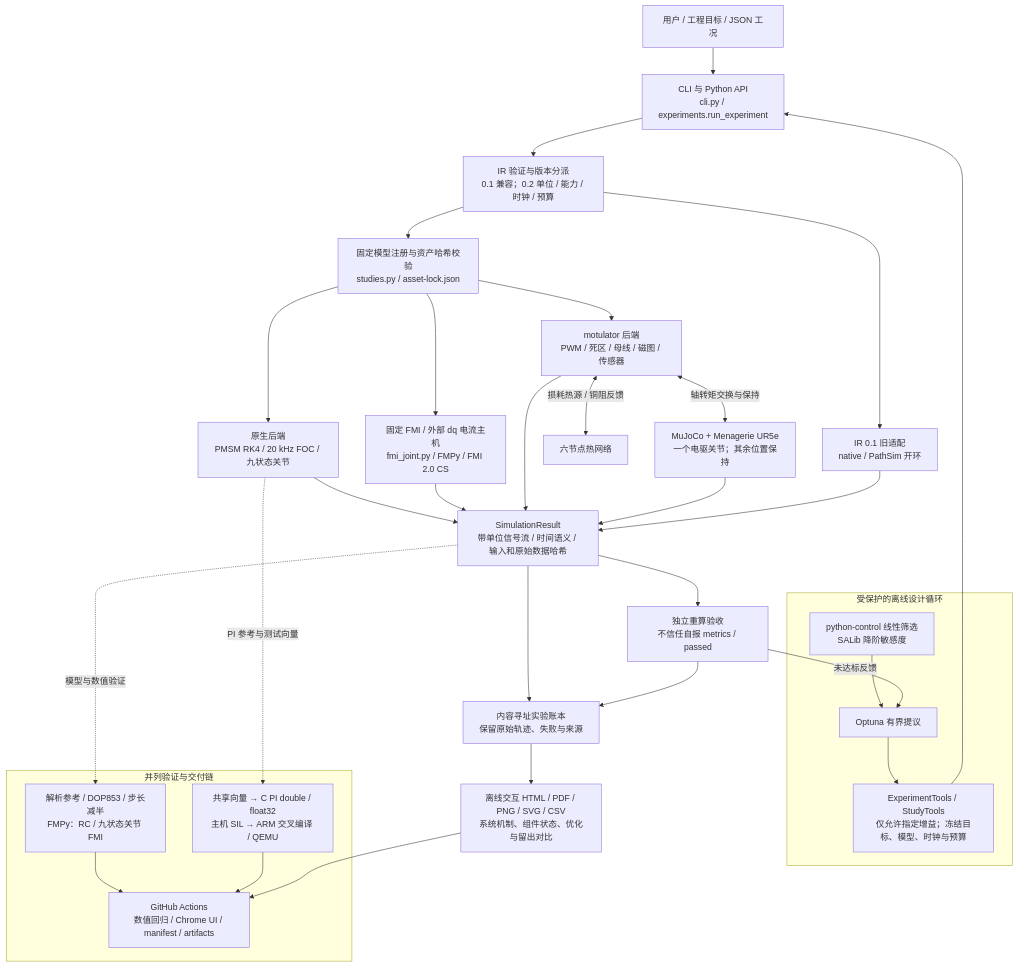
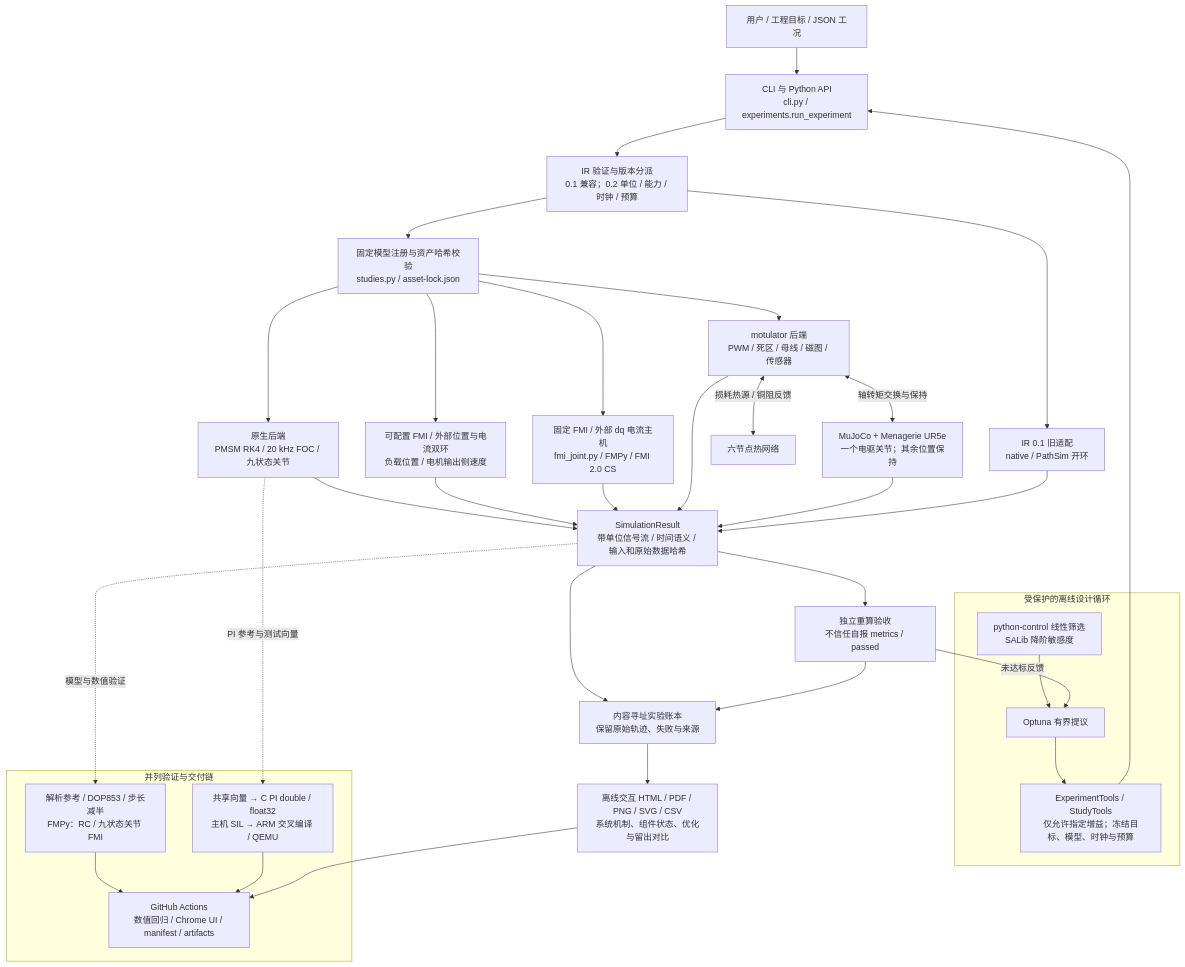
Before and after one commit to lse872317312010/open-engineering-agent-lab: the diagram in docs/architecture-overview.mmd, drawn with Mermaid. The commit also changed 6 other files, not shown here.

```diff
--- a/docs/architecture-overview.mmd
+++ b/docs/architecture-overview.mmd
@@ -1,35 +1,37 @@
 flowchart TB
   USER["用户 / 工程目标 / JSON 工况"] --> ENTRY["CLI 与 Python API<br/>cli.py / experiments.run_experiment"]
   subgraph DESIGN["受保护的离线设计循环"]
     ANALYSIS["python-control 线性筛选<br/>SALib 降阶敏感度"] --> OPT["Optuna 有界提议"]
     OPT --> TOOLS["ExperimentTools / StudyTools<br/>仅允许指定增益；冻结目标、模型、时钟与预算"]
   end
   TOOLS --> ENTRY
   ENTRY --> IR["IR 验证与版本分派<br/>0.1 兼容；0.2 单位 / 能力 / 时钟 / 预算"]
   IR --> REG["固定模型注册与资产哈希校验<br/>studies.py / asset-lock.json"]
+  REG --> SERVO["可配置 FMI / 外部位置与电流双环<br/>负载位置 / 电机输出侧速度"]
   REG --> FMI["固定 FMI / 外部 dq 电流主机<br/>fmi_joint.py / FMPy / FMI 2.0 CS"]
   REG --> NATIVE["原生后端<br/>PMSM RK4 / 20 kHz FOC / 九状态关节"]
   REG --> MOTOR["motulator 后端<br/>PWM / 死区 / 母线 / 磁图 / 传感器"]
   MOTOR <-->|"轴转矩交换与保持"| ROBOT["MuJoCo + Menagerie UR5e<br/>一个电驱关节；其余位置保持"]
   MOTOR <-->|"损耗热源 / 铜阻反馈"| THERMAL["六节点热网络"]
   IR --> LEGACY["IR 0.1 旧适配<br/>native / PathSim 开环"]
   NATIVE --> STREAM["SimulationResult<br/>带单位信号流 / 时间语义 / 输入和原始数据哈希"]
+  SERVO --> STREAM
   FMI --> STREAM
   MOTOR --> STREAM
   ROBOT --> STREAM
   LEGACY --> STREAM
   STREAM --> VERIFY["独立重算验收<br/>不信任自报 metrics / passed"]
   VERIFY -->|未达标反馈| OPT
   STREAM --> LEDGER["内容寻址实验账本<br/>保留原始轨迹、失败与来源"]
   VERIFY --> LEDGER
   LEDGER --> REPORT["离线交互 HTML / PDF / PNG / SVG / CSV<br/>系统机制、组件状态、优化与留出对比"]
   subgraph VALIDATION["并列验证与交付链"]
     REF["解析参考 / DOP853 / 步长减半<br/>FMPy：RC / 九状态关节 FMI"]
     SIL["共享向量 → C PI double / float32<br/>主机 SIL → ARM 交叉编译 / QEMU"]
     CI["GitHub Actions<br/>数值回归 / Chrome UI / manifest / artifacts"]
     REF --> CI
     SIL --> CI
   end
   STREAM -.模型与数值验证.-> REF
   NATIVE -.PI 参考与测试向量.-> SIL
   REPORT --> CI
```
